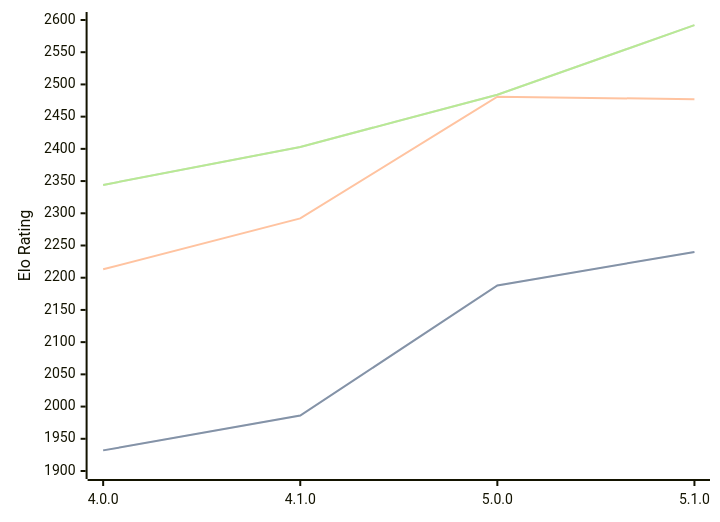
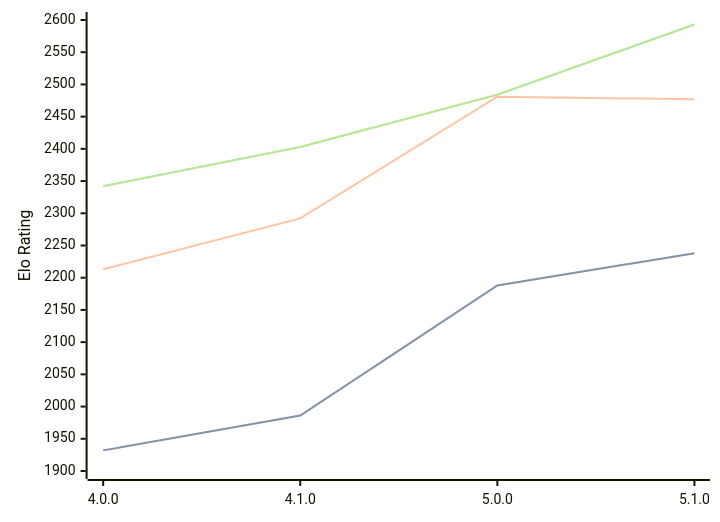
One commit to computer-chess-index/cci changed the diagram in engines/Aconcagua.md. Above: the diagram before and after it, drawn with Mermaid. The commit also changed other lines of this file, not shown here.

Commit message:
Update CCI Ratings (ELO VLTC) - 2026-03-19

````diff
--- a/engines/Aconcagua.md
+++ b/engines/Aconcagua.md
@@ -41,11 +43,11 @@
 ```mermaid
 %%{init: {"theme":"base","themeVariables":{"seriesColors:['#a3a3a3','#222221','#faa371']}}}%%
 xychart-beta
   x-axis ["4.0.0", "4.1.0", "5.0.0", "5.1.0"]
   y-axis "Elo Rating" 1900 --> 2600
-  line "STC (8.0+0.08s)" [1932, 1986, 2188, 2240]
-  line "STC (8.0+0.08s)" [1932, 1986, 2188, 2240]
+  line "STC (8.0+0.08s)" [1932, 1986, 2188, 2238]
+  line "STC (8.0+0.08s)" [1932, 1986, 2188, 2238]
   line "LTC (60.0+0.60s)" [2213, 2292, 2481, 2477]
-  line "VLTC (2m24s+1.12s)" [2344, 2403, 2484, 2592]
-  line "VLTC (2m24s+1.12s)" [2344, 2403, 2484, 2592]
+  line "VLTC (2m24s+1.12s)" [2342, 2403, 2484, 2593]
+  line "VLTC (2m24s+1.12s)" [2342, 2403, 2484, 2593]
 ```
````
